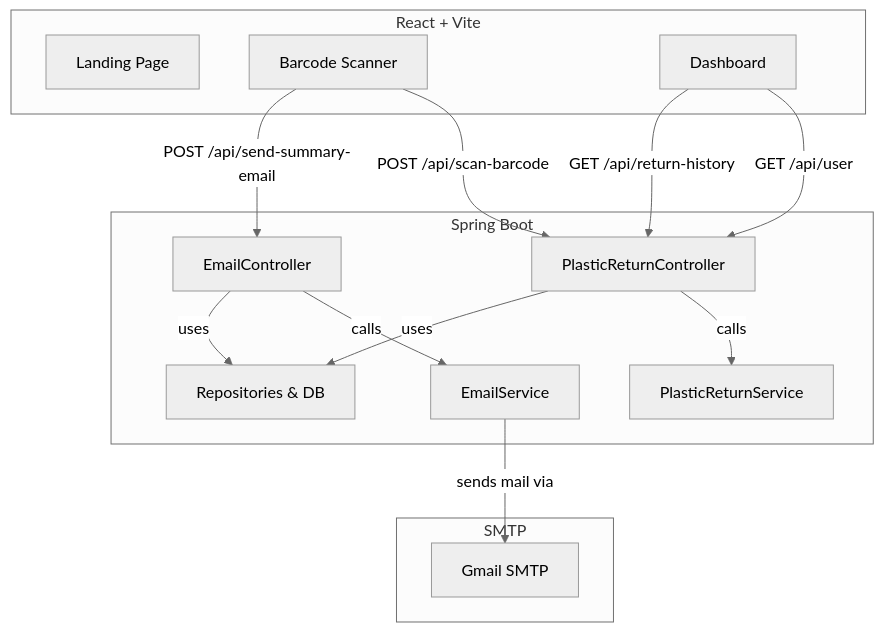
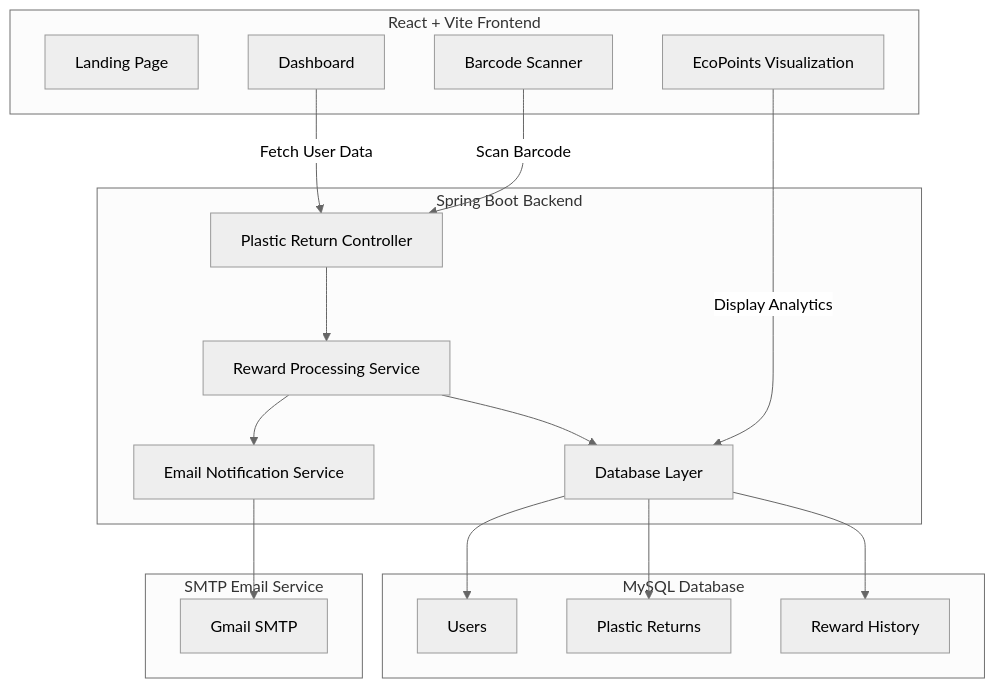
One commit to 32732Nikitha/Walmart_SusChal-25_EcoPoints changed the first of 3 diagrams in README.md. Above: the diagram before and after it, drawn with Mermaid (neutral theme). The commit also changed other lines of this file, not shown here.

First line of the commit message:
Revised README for EcoReturn project details

````diff
--- a/README.md
+++ b/README.md
@@ -35,29 +151,40 @@
 ```mermaid
 flowchart TD
-    subgraph Frontend [React + Vite]
-        A1[Landing Page]
-        A2[Barcode Scanner]
-        A3[Dashboard]
-    end
-    subgraph Backend [Spring Boot]
-        B1[PlasticReturnController]
-        B2[EmailController]
-        B3[PlasticReturnService]
-        B4[EmailService]
-        B6[Repositories & DB]
-    end
-    subgraph EmailService [SMTP]
-        C1[Gmail SMTP]
-    end
 
-    A2 -- "POST /api/scan-barcode" --> B1
-    A2 -- "POST /api/send-summary-email" --> B2
-    A3 -- "GET /api/user" --> B1
-    A3 -- "GET /api/return-history" --> B1
+subgraph Frontend[React + Vite Frontend]
+A1[Landing Page]
+A2[Barcode Scanner]
+A3[Dashboard]
+A4[EcoPoints Visualization]
+end
 
-    B1 -- "calls" --> B3
-    B2 -- "calls" --> B4
-    B1 -- "uses" --> B6
-    B2 -- "uses" --> B6
-    B4 -- "sends mail via" --> C1
+subgraph Backend[Spring Boot Backend]
+B1[Plastic Return Controller]
+B2[Reward Processing Service]
+B3[Email Notification Service]
+B4[Database Layer]
+end
+
+subgraph Database[MySQL Database]
+C1[Users]
+C2[Plastic Returns]
+C3[Reward History]
+end
+
+subgraph Mail[SMTP Email Service]
+D1[Gmail SMTP]
+end
+
+A2 -->|Scan Barcode| B1
+A3 -->|Fetch User Data| B1
+A4 -->|Display Analytics| B4
+
+B1 --> B2
+B2 --> B4
+B4 --> C1
+B4 --> C2
+B4 --> C3
+
+B2 --> B3
+B3 --> D1
 ```
````
